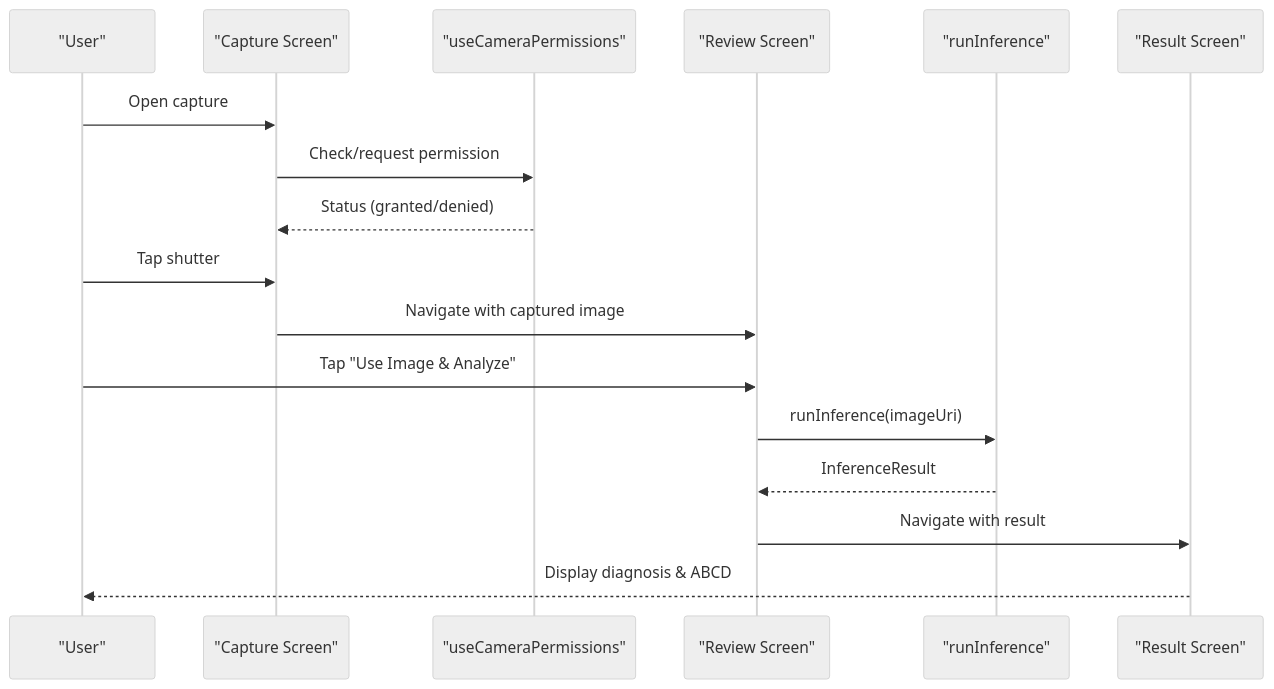
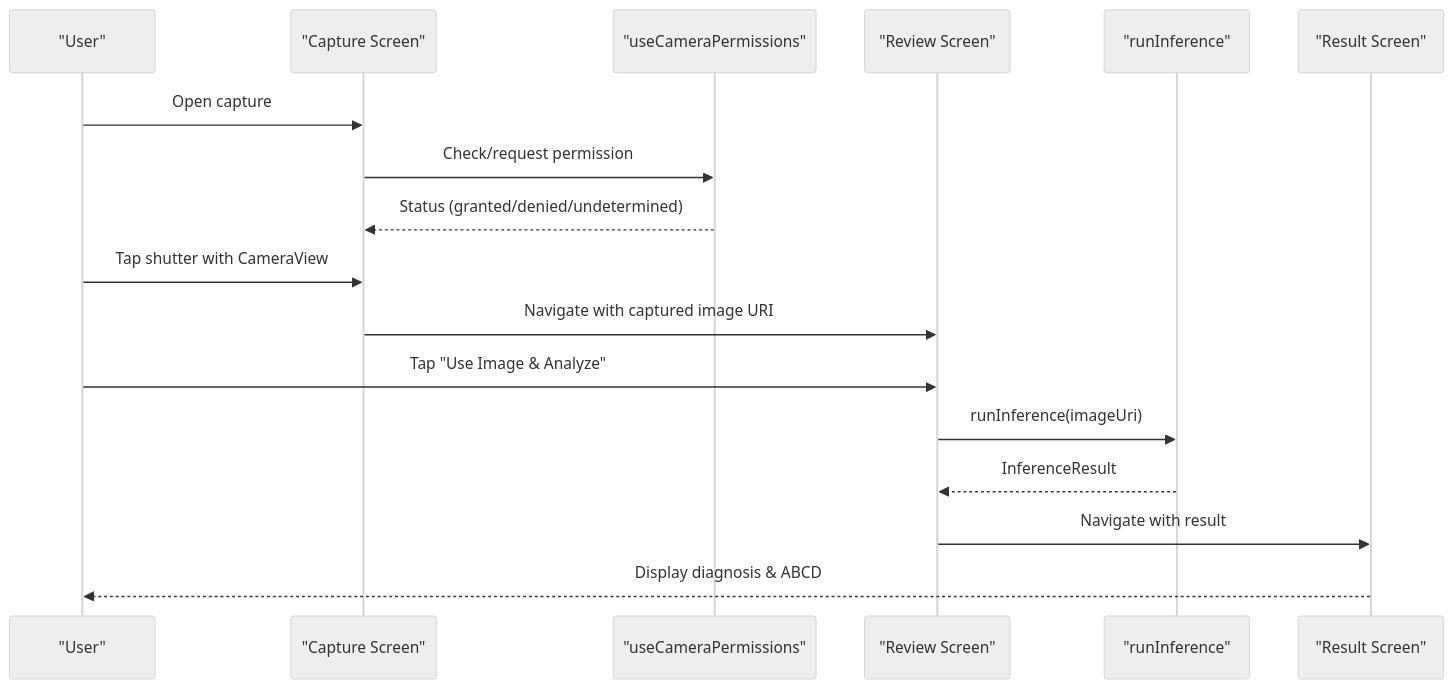
The second of 9 diagrams in .qoder/repowiki/en/content/Camera Integration.md (AdeelTahir-SE/DermSight), drawn with Mermaid (neutral theme) before and after one commit. The commit also changed other lines of this file and 18 other files, not shown here.

````diff
--- a/.qoder/repowiki/en/content/Camera Integration.md
+++ b/.qoder/repowiki/en/content/Camera Integration.md
@@ -93,19 +103,19 @@
 ```mermaid
 sequenceDiagram
 participant U as "User"
 participant C as "Capture Screen"
 participant P as "useCameraPermissions"
 participant R as "Review Screen"
 participant I as "runInference"
 participant J as "Result Screen"
 U->>C : Open capture
 C->>P : Check/request permission
-P-->>C : Status (granted/denied)
-U->>C : Tap shutter
-C->>R : Navigate with captured image
+P-->>C : Status (granted/denied/undetermined)
+U->>C : Tap shutter with CameraView
+C->>R : Navigate with captured image URI
 U->>R : Tap "Use Image & Analyze"
 R->>I : runInference(imageUri)
 I-->>R : InferenceResult
 R->>J : Navigate with result
 J-->>U : Display diagnosis & ABCD
 ```
````
